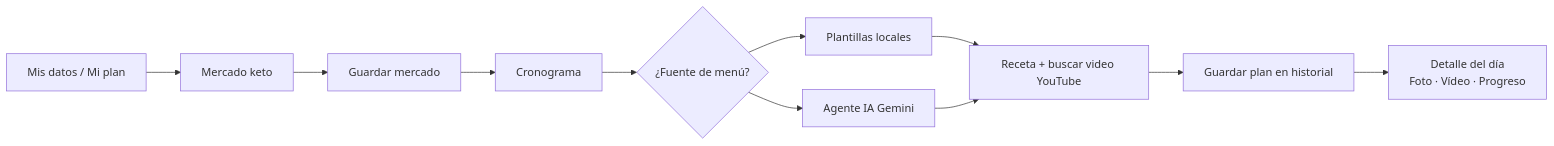
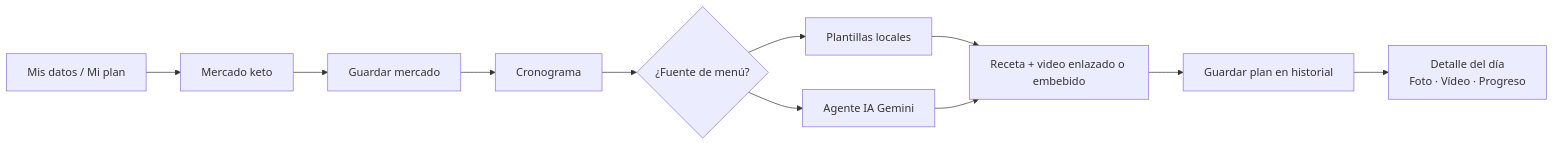
Before and after one commit to josephnsa/TEC-NUTRI-SALUD: the diagram in docs/FLUJO_USUARIO.md, drawn with Mermaid. The commit also changed other lines of this file and 5 other files, not shown here.

````diff
--- a/docs/FLUJO_USUARIO.md
+++ b/docs/FLUJO_USUARIO.md
@@ -26,13 +26,13 @@
 ```mermaid
 flowchart LR
   A[Mis datos / Mi plan] --> B[Mercado keto]
   B --> C[Guardar mercado]
   C --> D[Cronograma]
   D --> E{¿Fuente de menú?}
   E --> F[Plantillas locales]
   E --> G[Agente IA Gemini]
-  F --> H[Receta + buscar video YouTube]
+  F --> H[Receta + video enlazado o embebido]
   G --> H
   H --> I[Guardar plan en historial]
   I --> J[Detalle del día\nFoto · Vídeo · Progreso]
 ```
````
